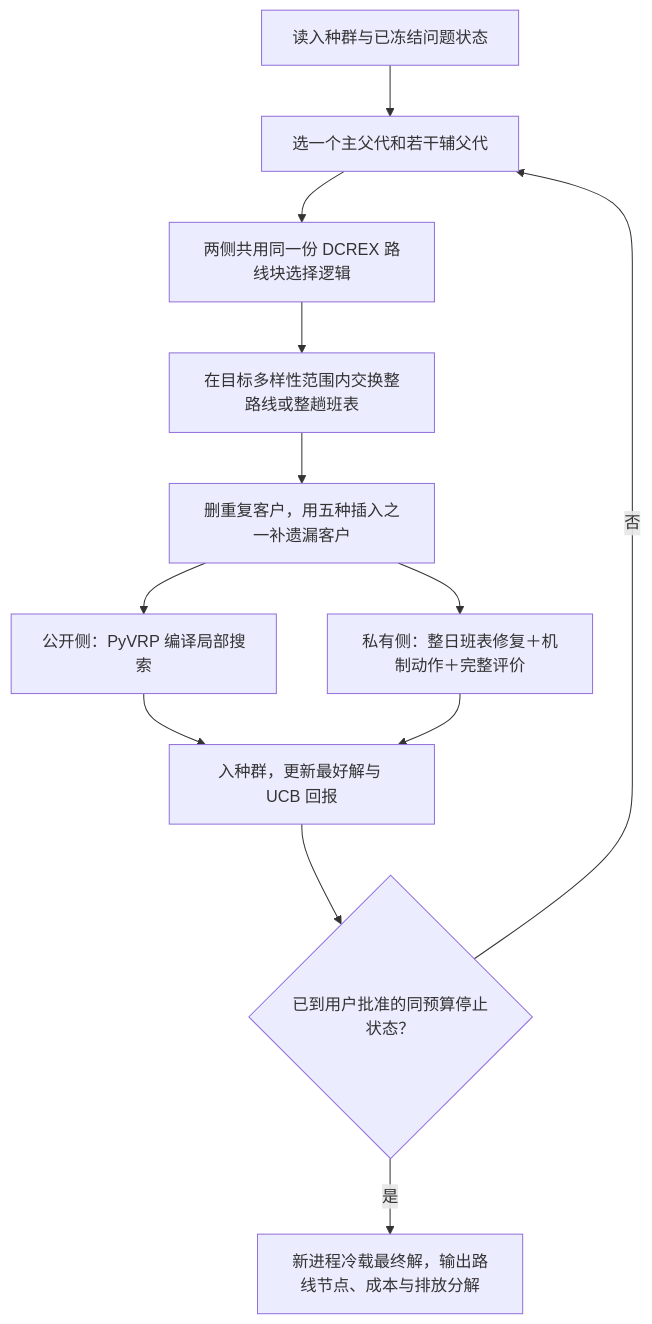
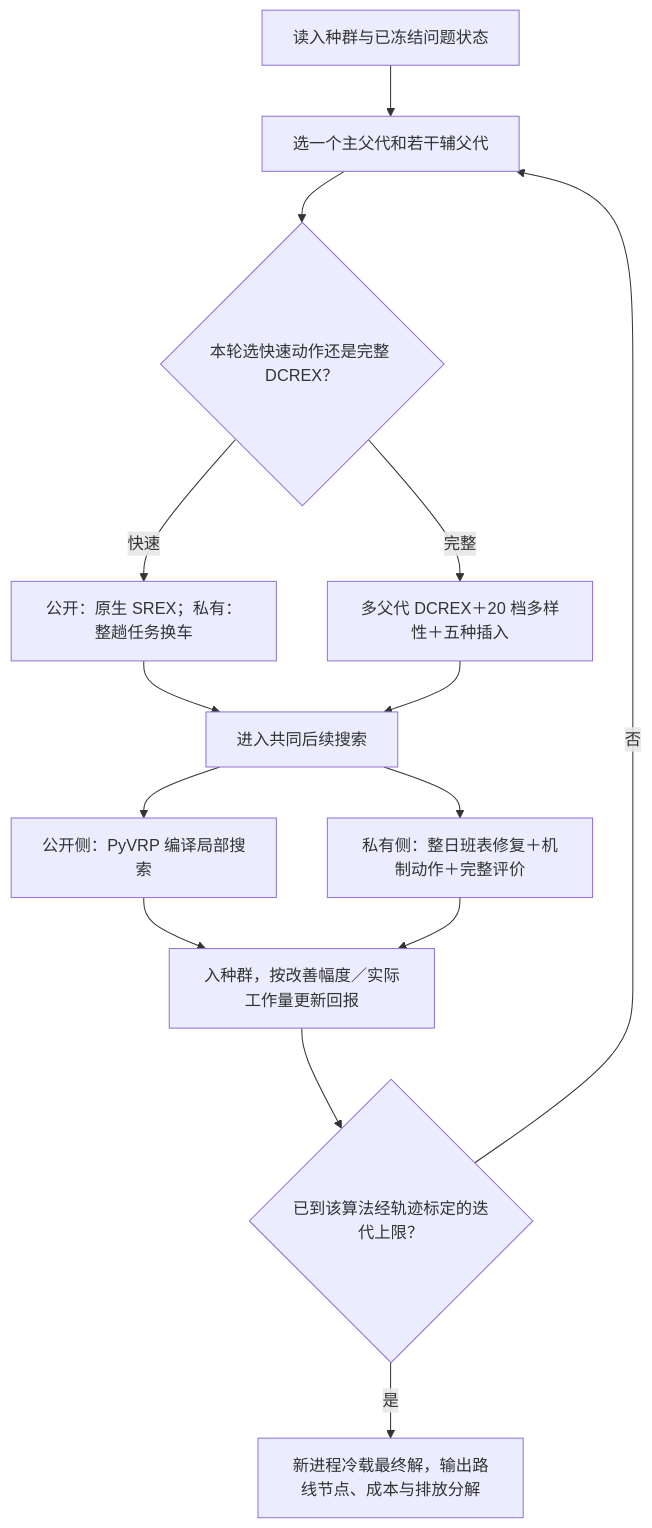
Before and after one commit to zlxshu/ReSETP: the diagram in docs/handoff/duty_hgs_public_core_roundtable_20260808.md, drawn with Mermaid. The commit also changed other lines of this file and 33 other files, not shown here.

````diff
--- a/docs/handoff/duty_hgs_public_core_roundtable_20260808.md
+++ b/docs/handoff/duty_hgs_public_core_roundtable_20260808.md
@@ -33,14 +45,16 @@
 ```mermaid
 flowchart TD
     A["读入种群与已冻结问题状态"] --> B["选一个主父代和若干辅父代"]
-    B --> C["两侧共用同一份 DCREX 路线块选择逻辑"]
-    C --> D["在目标多样性范围内交换整路线或整趟班表"]
-    D --> E["删重复客户，用五种插入之一补遗漏客户"]
-    E --> F["公开侧：PyVRP 编译局部搜索"]
-    E --> G["私有侧：整日班表修复＋机制动作＋完整评价"]
-    F --> H["入种群，更新最好解与 UCB 回报"]
-    G --> H
-    H --> I{"已到用户批准的同预算停止状态？"}
-    I -- "否" --> B
-    I -- "是" --> J["新进程冷载最终解，输出路线节点、成本与排放分解"]
+    B --> C{"本轮选快速动作还是完整 DCREX？"}
+    C -->|"快速"| D["公开：原生 SREX；私有：整趟任务换车"]
+    C -->|"完整"| E["多父代 DCREX＋20 档多样性＋五种插入"]
+    D --> F["进入共同后续搜索"]
+    E --> F
+    F --> G["公开侧：PyVRP 编译局部搜索"]
+    F --> H["私有侧：整日班表修复＋机制动作＋完整评价"]
+    G --> I["入种群，按改善幅度／实际工作量更新回报"]
+    H --> I
+    I --> J{"已到该算法经轨迹标定的迭代上限？"}
+    J -- "否" --> B
+    J -- "是" --> K["新进程冷载最终解，输出路线节点、成本与排放分解"]
 ```
````
